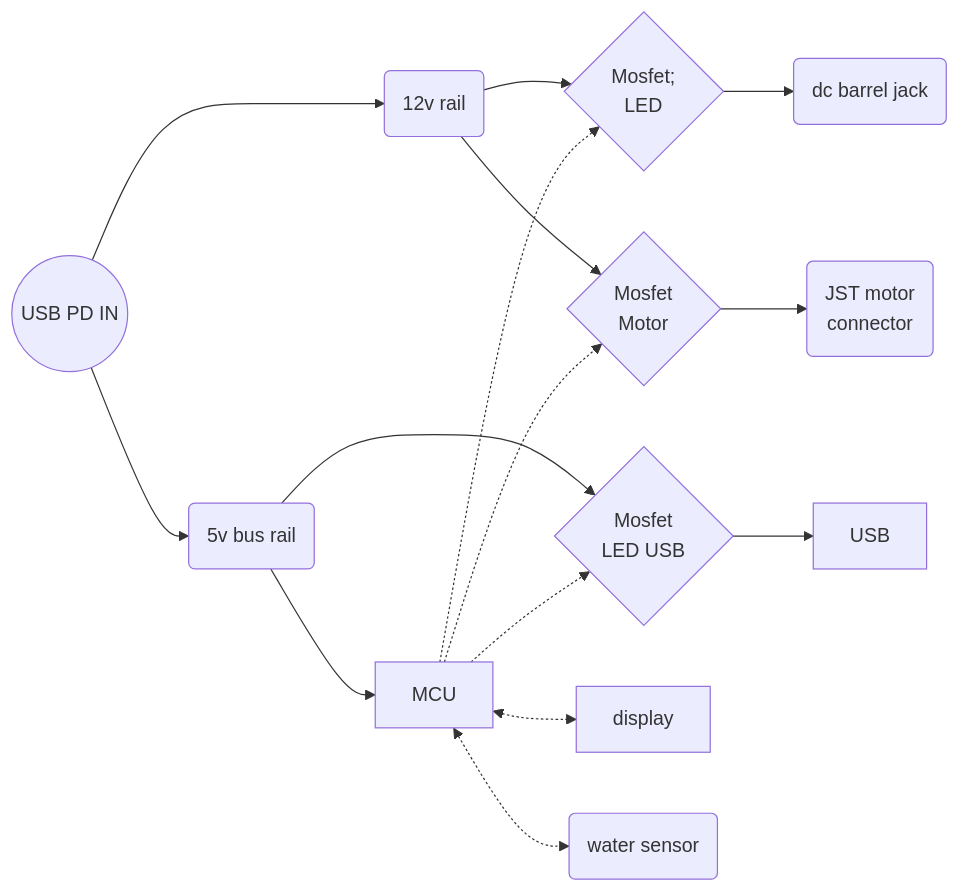
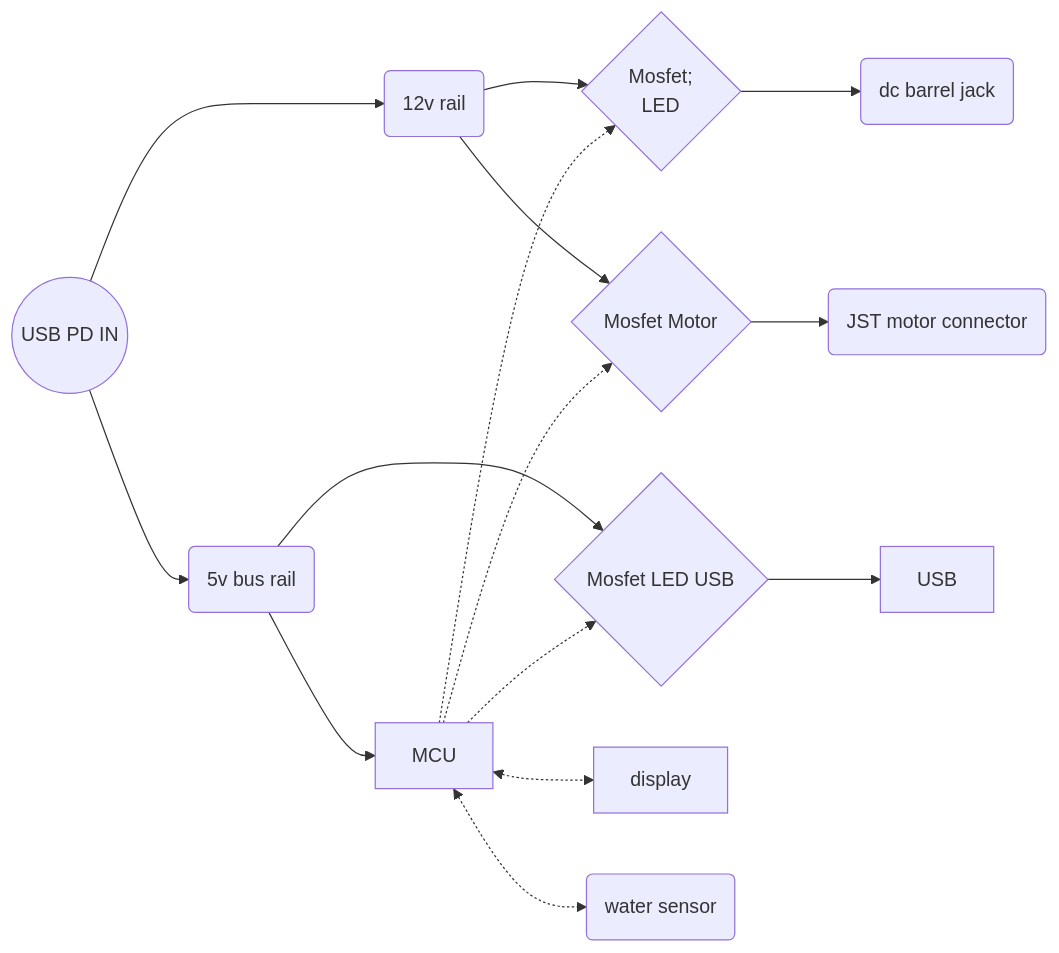
One commit to tomasApo/SmartBasil changed the diagram in README.md. Above: the diagram before and after it, drawn with Mermaid.

Commit message:
modified:   README.md

````diff
--- a/README.md
+++ b/README.md
@@ -4,15 +4,12 @@
 ```mermaid 
 graph LR
     PD((USB PD IN )) --> 12v(12v rail) & 5v(5v bus rail);
    12v --> LED{Mosfet;
    LED} --> DC(dc barrel jack);
-   12v --> Motor{"Mosfet 
-   Motor"} --> motorCOnnector("JST motor 
-   connector");
+   12v --> Motor{"Mosfet Motor"} --> motorCOnnector("JST motor connector");
 
-   5v -->  LEDBus{"Mosfet 
-   LED USB"} --> USB;
+   5v -->  LEDBus{"Mosfet LED USB"} --> USB;
 
    5v --> MCU -.-> LED & LEDBus & Motor;
    MCU <-.-> display & water(water sensor);
 ```
````
